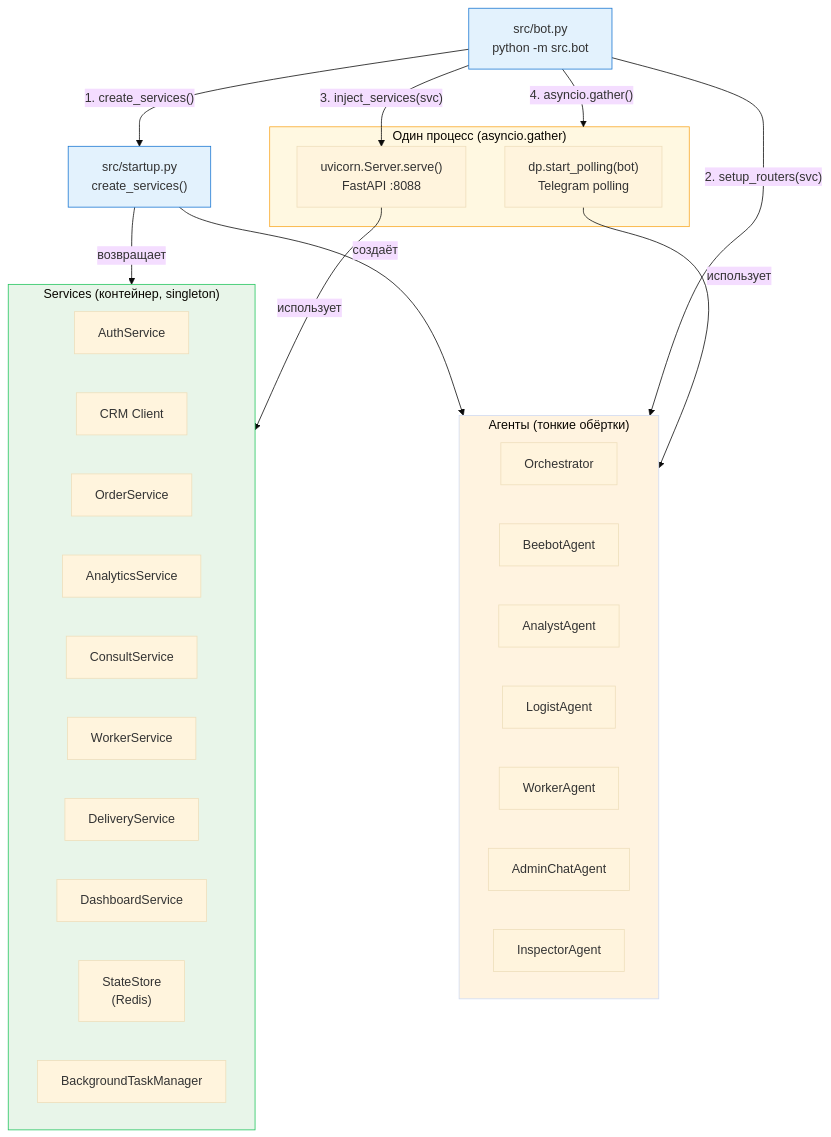
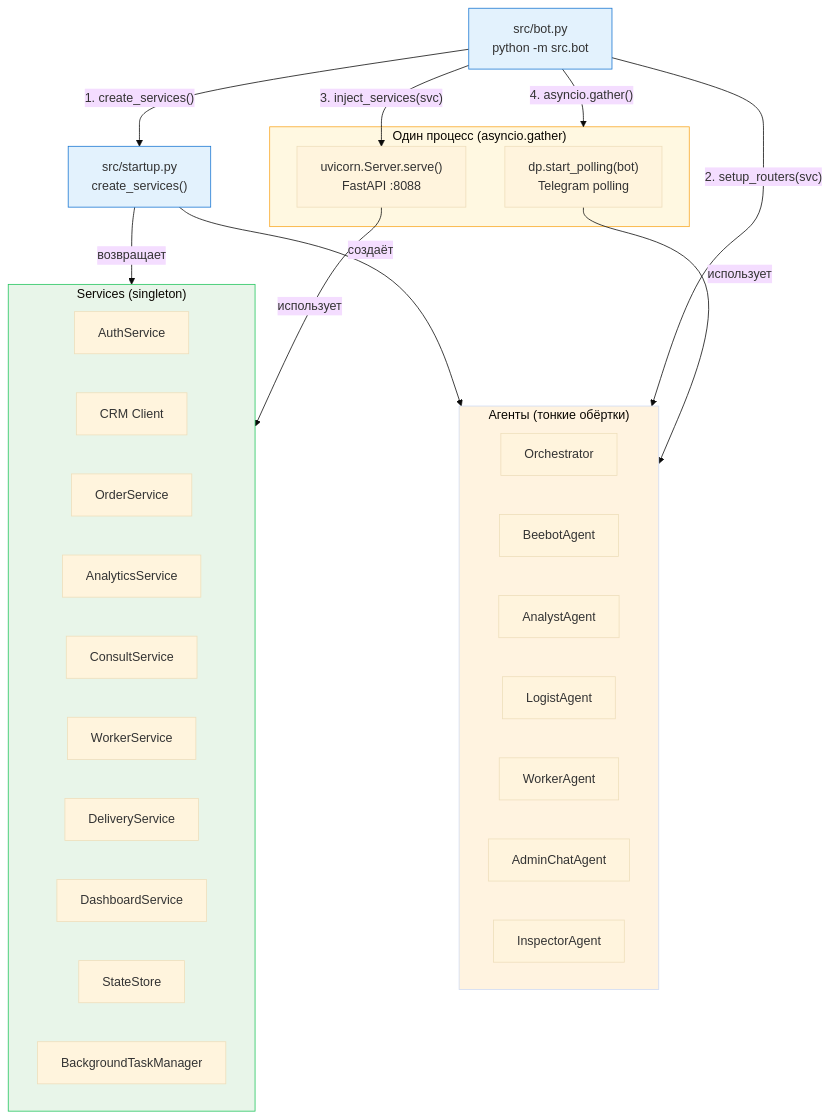
The second of 15 diagrams in docs/architecture.md (unidel2035/BEEBOT), drawn with Mermaid (base theme) before and after one commit. The commit also changed other lines of this file, not shown here.

First line of the commit message:
docs: переписать architecture.md под unified process

````diff
--- a/docs/architecture.md
+++ b/docs/architecture.md
@@ -107,51 +111,51 @@
 ```mermaid
 graph TB
     ENTRY["src/bot.py<br/>python -m src.bot"]
 
     STARTUP["src/startup.py<br/>create_services()"]
 
     subgraph PROCESS["Один процесс (asyncio.gather)"]
         POLLING["dp.start_polling(bot)<br/>Telegram polling"]
         UVICORN["uvicorn.Server.serve()<br/>FastAPI :8088"]
     end
 
-    subgraph SERVICES["Services (контейнер, singleton)"]
+    subgraph SERVICES["Services (singleton)"]
         AUTH_S["AuthService"]
         CRM_S["CRM Client"]
         ORDER_S["OrderService"]
         ANALYTICS_S["AnalyticsService"]
         CONSULT_S["ConsultService"]
         WORKER_S["WorkerService"]
         DELIVERY_S["DeliveryService"]
         DASHBOARD_S["DashboardService"]
-        STATE_S["StateStore<br/>(Redis)"]
+        STATE_S["StateStore"]
         BG_S["BackgroundTaskManager"]
     end
 
     subgraph AGENTS["Агенты (тонкие обёртки)"]
         ORCH["Orchestrator"]
         BEEBOT_A["BeebotAgent"]
         ANALYST_A["AnalystAgent"]
         LOGIST_A["LogistAgent"]
         WORKER_A["WorkerAgent"]
         ADMIN_A["AdminChatAgent"]
         INSPECT_A["InspectorAgent"]
     end
 
     ENTRY -->|"1. create_services()"| STARTUP
     STARTUP -->|"возвращает"| SERVICES
     STARTUP -->|"создаёт"| AGENTS
 
     ENTRY -->|"2. setup_routers(svc)"| AGENTS
     ENTRY -->|"3. inject_services(svc)"| UVICORN
     ENTRY -->|"4. asyncio.gather()"| PROCESS
 
     POLLING -->|"использует"| AGENTS
     UVICORN -->|"использует"| SERVICES
 
     style ENTRY fill:#e3f2fd,stroke:#1976d2
     style STARTUP fill:#e3f2fd,stroke:#1976d2
     style SERVICES fill:#e8f5e9,stroke:#22c55e
     style AGENTS fill:#fff3e0
     style PROCESS fill:#fff8e1,stroke:#f9a825
 ```
````
